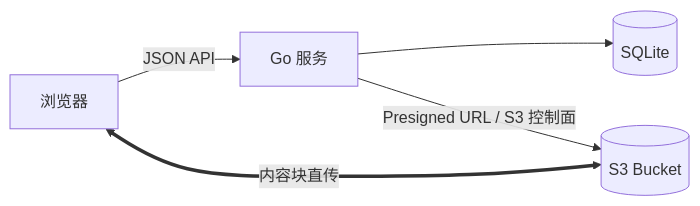
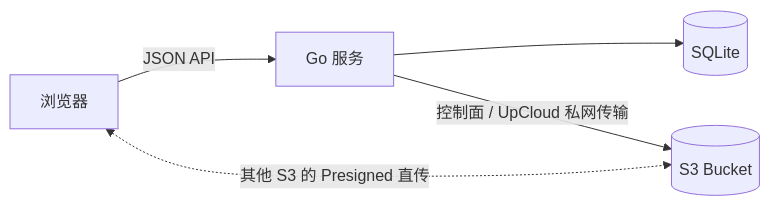
Before and after one commit to VesperGlow/cloud: the diagram in README.md, drawn with Mermaid. The commit also changed other lines of this file and 8 other files, not shown here.

````diff
--- a/README.md
+++ b/README.md
@@ -7,7 +7,7 @@
 ```mermaid
 flowchart LR
     B[浏览器] -->|JSON API| G[Go 服务]
     G --> D[(SQLite)]
-    G -->|Presigned URL / S3 控制面| S[(S3 Bucket)]
-    B <==>|内容块直传| S
+    G -->|控制面 / UpCloud 私网传输| S[(S3 Bucket)]
+    B <-.->|其他 S3 的 Presigned 直传| S
 ```
````
